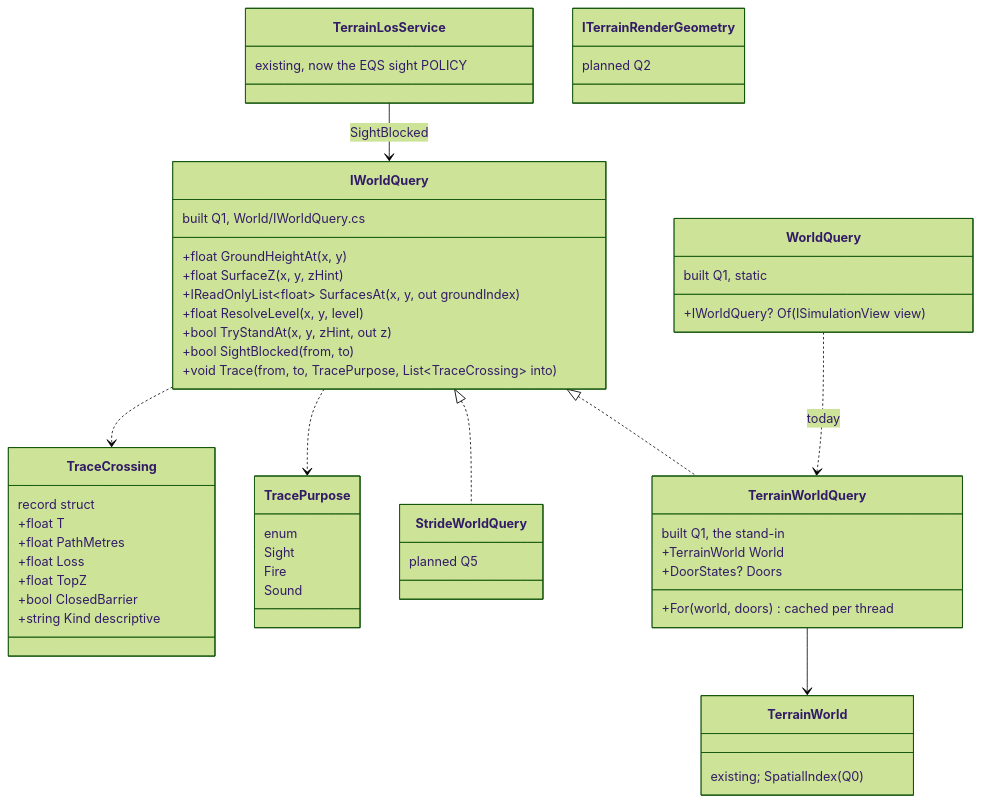
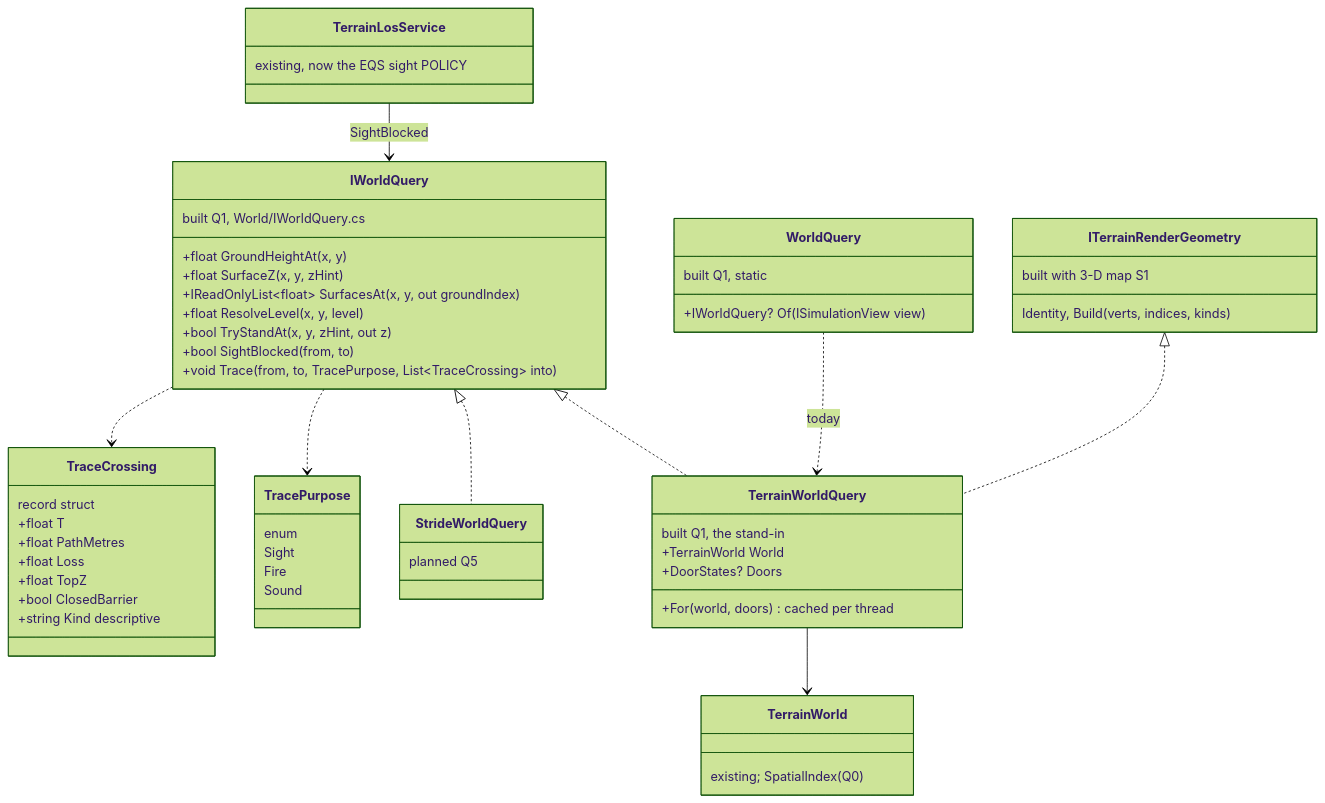
One commit to pjanec/HROT changed the second of 2 diagrams in docs/DESIGN_World_Query_Seam.md. Above: the diagram before and after it, drawn with Mermaid (forest theme). The commit also changed other lines of this file and 23 other files, not shown here.

````diff
--- a/docs/DESIGN_World_Query_Seam.md
+++ b/docs/DESIGN_World_Query_Seam.md
@@ -115,57 +115,59 @@
 ```mermaid
 classDiagram
   class IWorldQuery {
     built Q1, World/IWorldQuery.cs
     +float GroundHeightAt(x, y)
     +float SurfaceZ(x, y, zHint)
     +IReadOnlyList~float~ SurfacesAt(x, y, out groundIndex)
     +float ResolveLevel(x, y, level)
     +bool TryStandAt(x, y, zHint, out z)
     +bool SightBlocked(from, to)
     +void Trace(from, to, TracePurpose, List~TraceCrossing~ into)
   }
   class WorldQuery {
     built Q1, static
     +IWorldQuery? Of(ISimulationView view)
   }
   class TracePurpose {
     enum
     Sight
     Fire
     Sound
   }
   class TraceCrossing {
     record struct
     +float T
     +float PathMetres
     +float Loss
     +float TopZ
     +bool ClosedBarrier
     +string Kind  descriptive
   }
   class TerrainWorldQuery {
     built Q1, the stand-in
     +TerrainWorld World
     +DoorStates? Doors
     +For(world, doors) cached per thread
   }
   class TerrainWorld {
     existing; SpatialIndex (Q0)
   }
   class TerrainLosService {
     existing, now the EQS sight POLICY
   }
   class ITerrainRenderGeometry {
-    planned Q2
+    built with 3-D map S1
+    Identity, Build(verts, indices, kinds)
   }
   class StrideWorldQuery {
     planned Q5
   }
   IWorldQuery <|.. TerrainWorldQuery
+  ITerrainRenderGeometry <|.. TerrainWorldQuery
   IWorldQuery <|.. StrideWorldQuery
   WorldQuery ..> TerrainWorldQuery : today
   TerrainWorldQuery --> TerrainWorld
   TerrainLosService --> IWorldQuery : SightBlocked
   IWorldQuery ..> TracePurpose
   IWorldQuery ..> TraceCrossing
 ```
````
